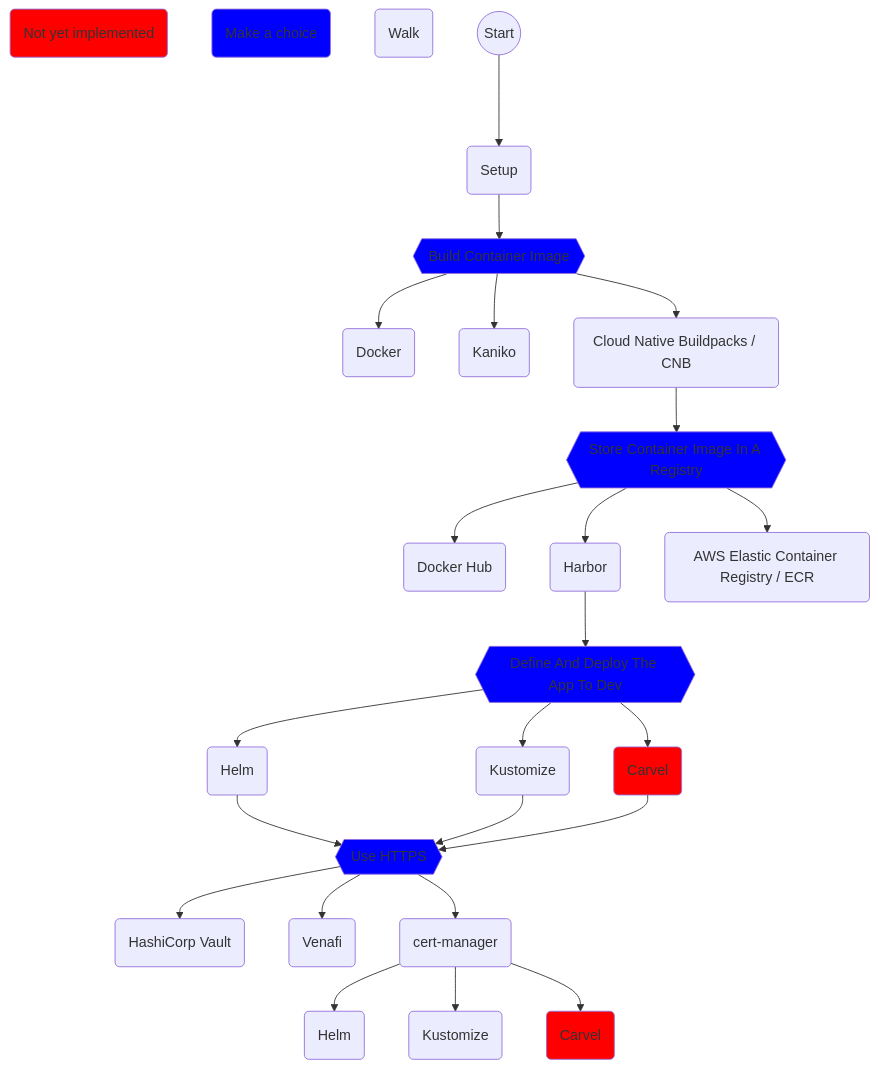
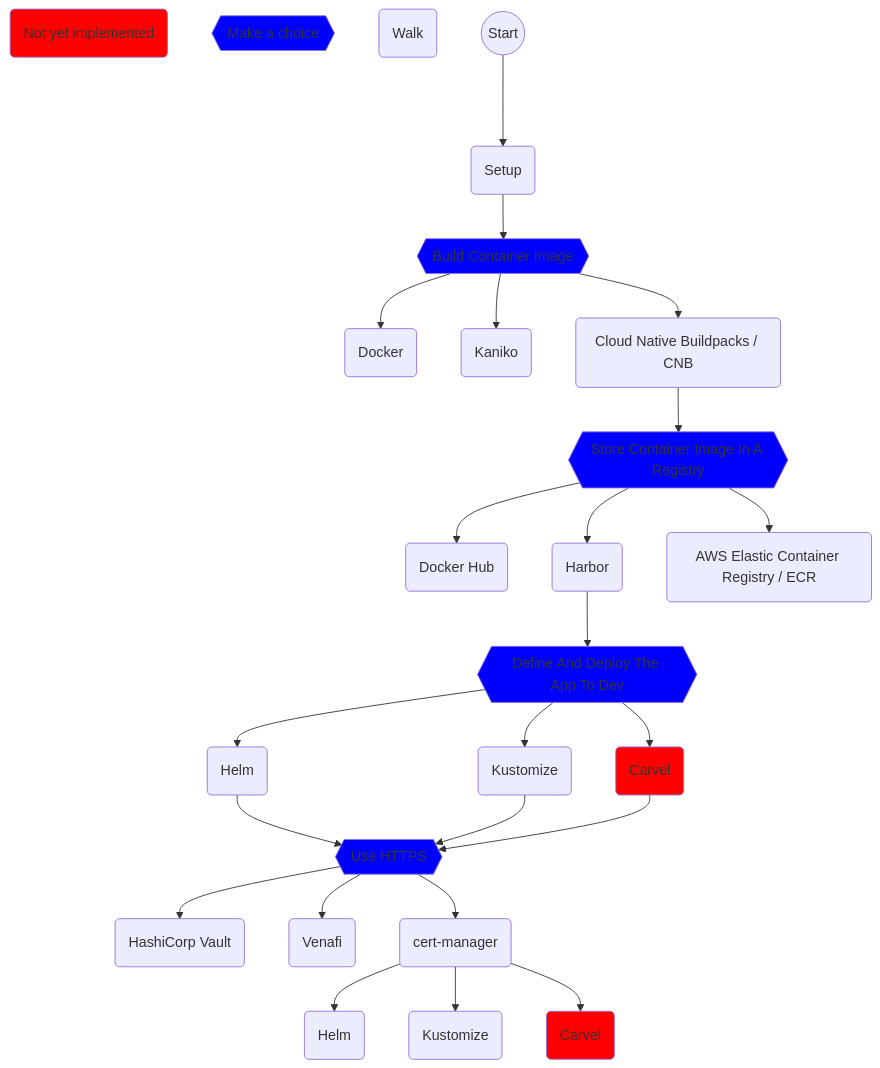
One commit to vfarcic/cncf-demo changed the diagram in solution.md. Above: the diagram before and after it, drawn with Mermaid. The commit also changed 1 other file, not shown here.

```diff
--- a/solution.md
+++ b/solution.md
@@ -5,7 +5,7 @@
 
     red(Not yet implemented)
     style red fill:red
-    blue(Make a choice)
+    blue{{Make a choice}}
     style blue fill:blue
     transparent(Walk)
 
```
